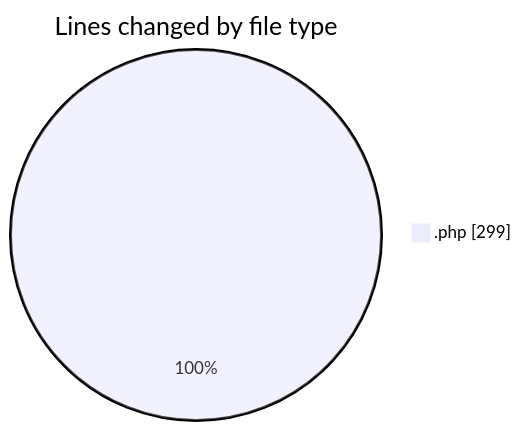
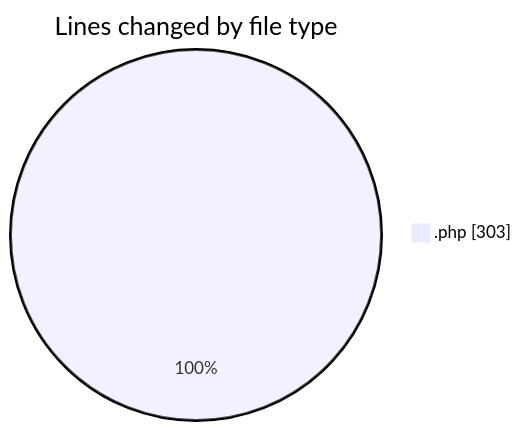
One commit to LanceThiago/code-tracking changed the first of 2 diagrams in 2025-01-22/includes/README.md. Above: the diagram before and after it, drawn with Mermaid. The commit also changed other lines of this file and 1 other file, not shown here.

````diff
--- a/2025-01-22/includes/README.md
+++ b/2025-01-22/includes/README.md
@@ -21,5 +21,5 @@
 ```mermaid
 pie showData
 title Lines changed by file type
-".php" : 299
+".php" : 303
 ```
````
